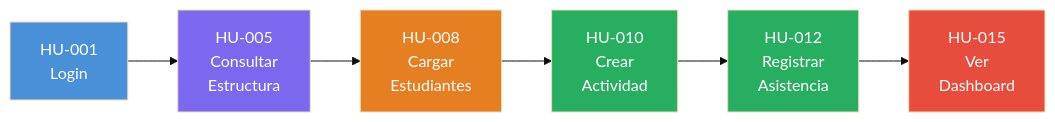
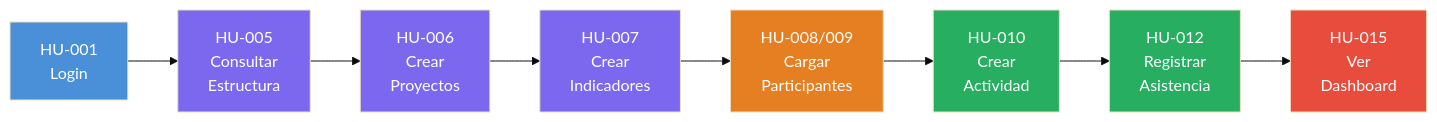
One commit to sibeuco/DocumentacionSibe changed the third of 4 diagrams in docs/artifacts/10.mapa_de_historias_de_usuario.md. Above: the diagram before and after it, drawn with Mermaid (base theme). The commit also changed other lines of this file and 7 other files, not shown here.

````diff
--- a/docs/artifacts/10.mapa_de_historias_de_usuario.md
+++ b/docs/artifacts/10.mapa_de_historias_de_usuario.md
@@ -244,18 +253,22 @@
 ```mermaid
 graph LR
     WS1["HU-001<br/>Login"]
     WS2["HU-005<br/>Consultar<br/>Estructura"]
-    WS3["HU-008<br/>Cargar<br/>Estudiantes"]
-    WS4["HU-010<br/>Crear<br/>Actividad"]
-    WS5["HU-012<br/>Registrar<br/>Asistencia"]
-    WS6["HU-015<br/>Ver<br/>Dashboard"]
+    WS3["HU-006<br/>Crear<br/>Proyectos"]
+    WS4["HU-007<br/>Crear<br/>Indicadores"]
+    WS5["HU-008/009<br/>Cargar<br/>Participantes"]
+    WS6["HU-010<br/>Crear<br/>Actividad"]
+    WS7["HU-012<br/>Registrar<br/>Asistencia"]
+    WS8["HU-015<br/>Ver<br/>Dashboard"]
 
-    WS1 --> WS2 --> WS3 --> WS4 --> WS5 --> WS6
+    WS1 --> WS2 --> WS3 --> WS4 --> WS5 --> WS6 --> WS7 --> WS8
 
     style WS1 fill:#4A90D9,color:#fff
     style WS2 fill:#7B68EE,color:#fff
-    style WS3 fill:#E67E22,color:#fff
-    style WS4 fill:#27AE60,color:#fff
-    style WS5 fill:#27AE60,color:#fff
-    style WS6 fill:#E74C3C,color:#fff
+    style WS3 fill:#7B68EE,color:#fff
+    style WS4 fill:#7B68EE,color:#fff
+    style WS5 fill:#E67E22,color:#fff
+    style WS6 fill:#27AE60,color:#fff
+    style WS7 fill:#27AE60,color:#fff
+    style WS8 fill:#E74C3C,color:#fff
 ```
````
